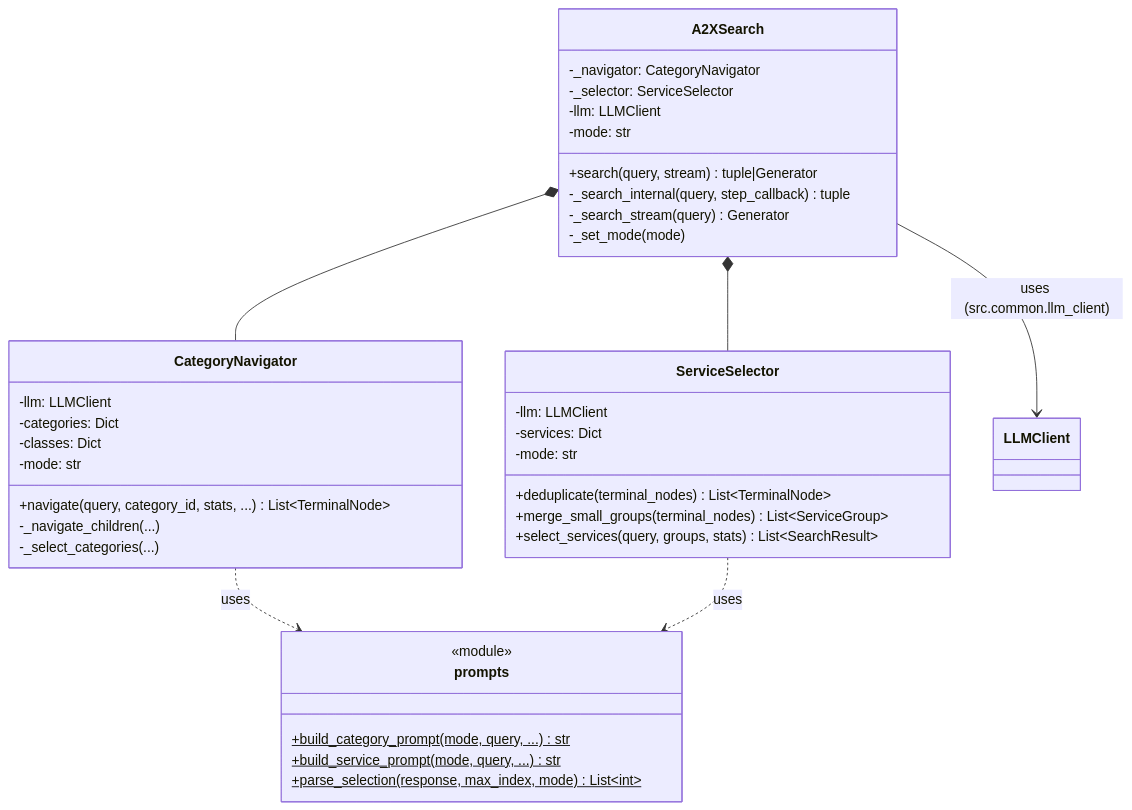
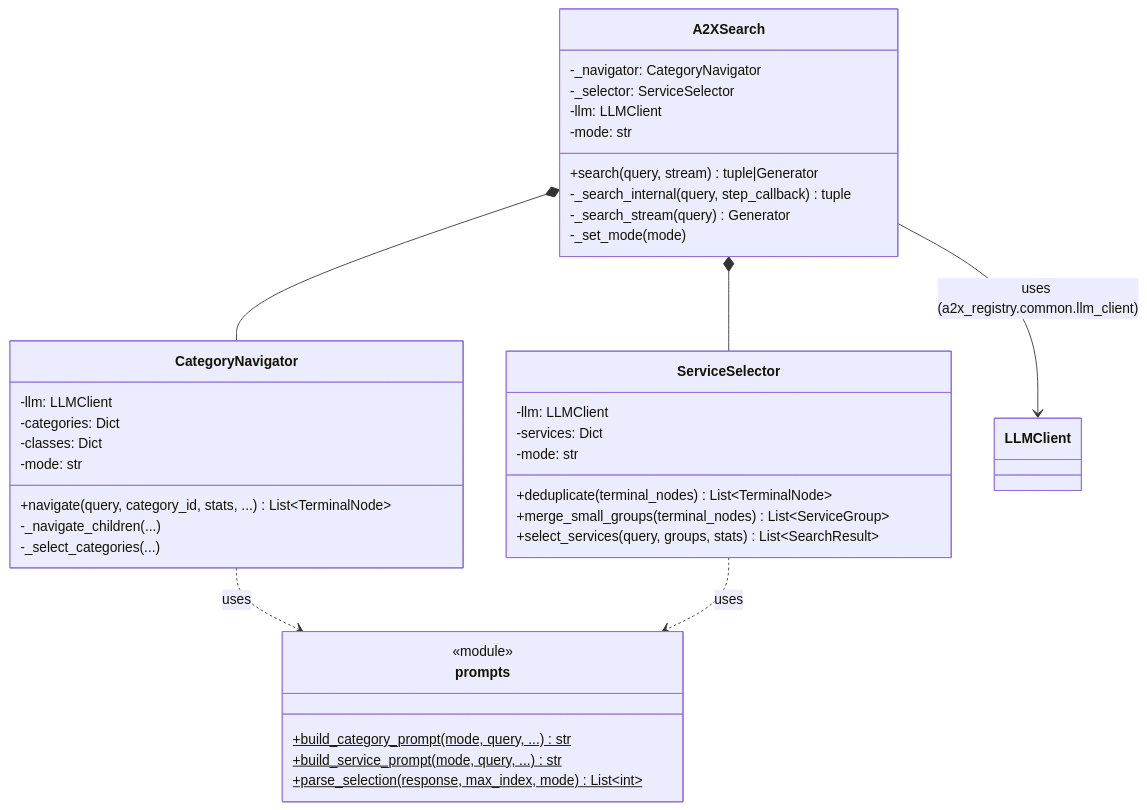
One commit to openJiuwen-ai/agent-protocol changed the second of 2 diagrams in docs/search_design.md. Above: the diagram before and after it, drawn with Mermaid. The commit also changed other lines of this file and 45 other files, not shown here.

````diff
--- a/docs/search_design.md
+++ b/docs/search_design.md
@@ -127,45 +127,45 @@
 ```mermaid
 classDiagram
     class A2XSearch {
         -_navigator: CategoryNavigator
         -_selector: ServiceSelector
         -llm: LLMClient
         -mode: str
         +search(query, stream) tuple|Generator
         -_search_internal(query, step_callback) tuple
         -_search_stream(query) Generator
         -_set_mode(mode)
     }
 
     class CategoryNavigator {
         -llm: LLMClient
         -categories: Dict
         -classes: Dict
         -mode: str
         +navigate(query, category_id, stats, ...) List~TerminalNode~
         -_navigate_children(...)
         -_select_categories(...)
     }
 
     class ServiceSelector {
         -llm: LLMClient
         -services: Dict
         -mode: str
         +deduplicate(terminal_nodes) List~TerminalNode~
         +merge_small_groups(terminal_nodes) List~ServiceGroup~
         +select_services(query, groups, stats) List~SearchResult~
     }
 
     class prompts {
         <<module>>
         +build_category_prompt(mode, query, ...)$ str
         +build_service_prompt(mode, query, ...)$ str
         +parse_selection(response, max_index, mode)$ List~int~
     }
 
     A2XSearch *-- CategoryNavigator
     A2XSearch *-- ServiceSelector
     CategoryNavigator ..> prompts : uses
     ServiceSelector ..> prompts : uses
-    A2XSearch --> LLMClient : uses (src.common.llm_client)
+    A2XSearch --> LLMClient : uses (a2x_registry.common.llm_client)
 ```
````
